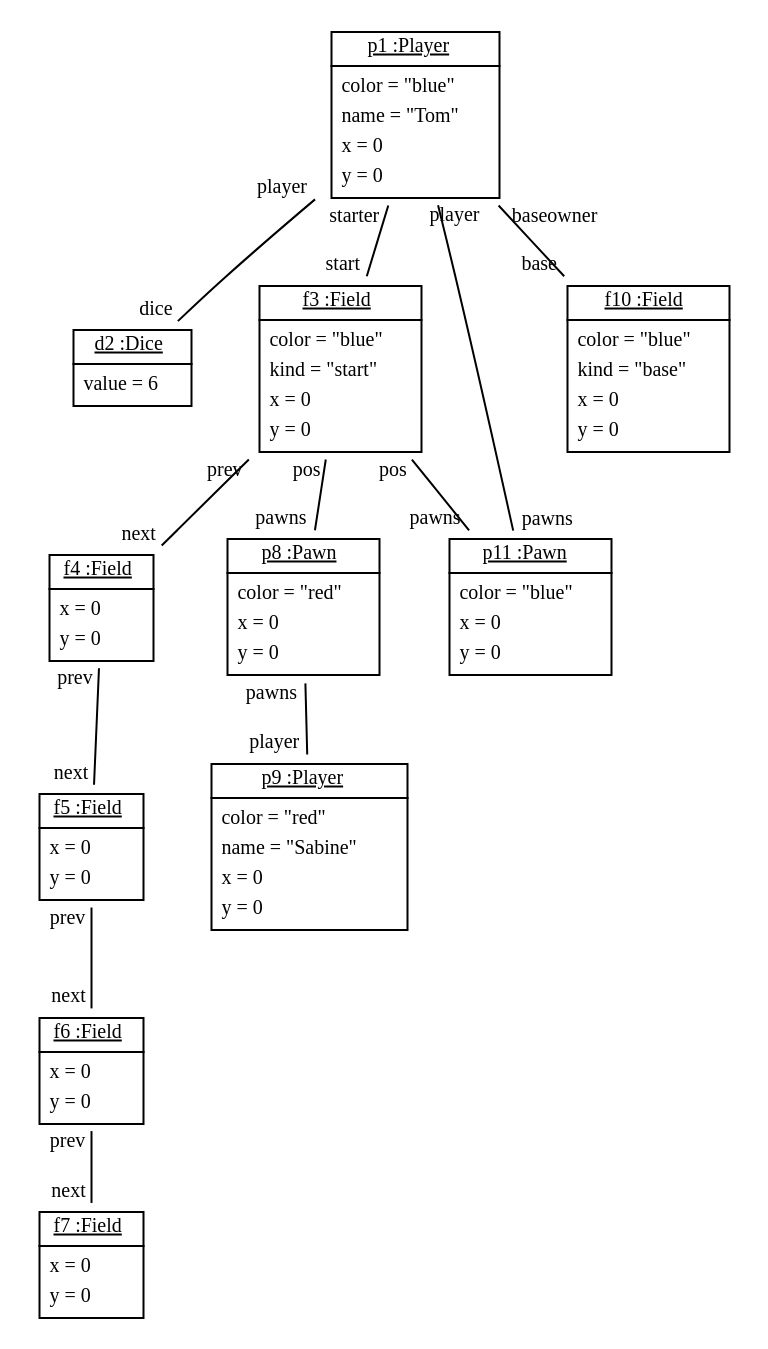
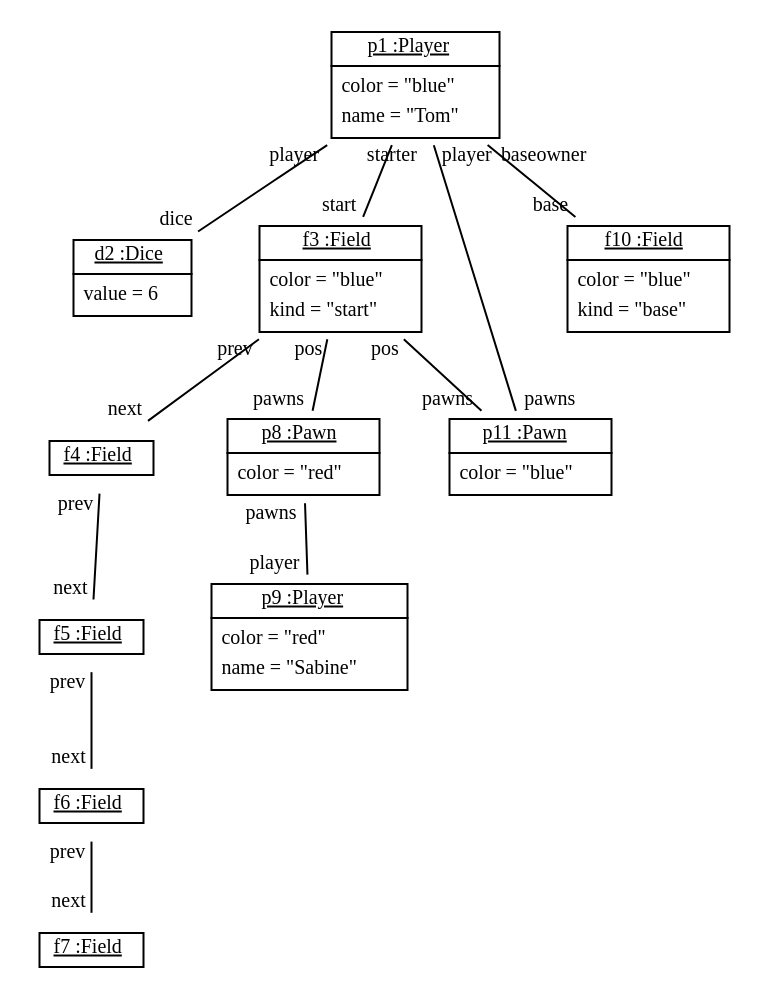
The diagram in doc/LudoStoryboardManual6.dot (fujaba/SDMLib), drawn with Graphviz before and after one commit. The commit also changed 303 other files, not shown here.

```diff
--- a/doc/LudoStoryboardManual6.dot
+++ b/doc/LudoStoryboardManual6.dot
@@ -1,29 +1,29 @@
 graph ObjectDiagram {
    node [shape = none, fontsize = 10];
    edge [fontsize = 10];
    compound=true;
 
-p1 [label=<<table border='0' cellborder='1' cellspacing='0'> <tr> <td href="../examples/org/sdmlib/examples/ludo/Player.java"> <u>p1 :Player</u></td></tr><tr><td><table border='0' cellborder='0' cellspacing='0'><tr><td align='left'>color = "blue"</td></tr><tr><td align='left'>name = "Tom"</td></tr><tr><td align='left'>x = 0</td></tr><tr><td align='left'>y = 0</td></tr></table></td></tr></table>>];
+p1 [label=<<table border='0' cellborder='1' cellspacing='0'> <tr> <td href="../examples/org/sdmlib/examples/ludo/Player.java"> <u>p1 :Player</u></td></tr><tr><td><table border='0' cellborder='0' cellspacing='0'><tr><td align='left'>color = "blue"</td></tr><tr><td align='left'>name = "Tom"</td></tr></table></td></tr></table>>];
 d2 [label=<<table border='0' cellborder='1' cellspacing='0'> <tr> <td href="../examples/org/sdmlib/examples/ludo/Dice.java"> <u>d2 :Dice</u></td></tr><tr><td><table border='0' cellborder='0' cellspacing='0'><tr><td align='left'>value = 6</td></tr></table></td></tr></table>>];
-f3 [label=<<table border='0' cellborder='1' cellspacing='0'> <tr> <td href="../examples/org/sdmlib/examples/ludo/Field.java"> <u>f3 :Field</u></td></tr><tr><td><table border='0' cellborder='0' cellspacing='0'><tr><td align='left'>color = "blue"</td></tr><tr><td align='left'>kind = "start"</td></tr><tr><td align='left'>x = 0</td></tr><tr><td align='left'>y = 0</td></tr></table></td></tr></table>>];
-f4 [label=<<table border='0' cellborder='1' cellspacing='0'> <tr> <td href="../examples/org/sdmlib/examples/ludo/Field.java"> <u>f4 :Field</u></td></tr><tr><td><table border='0' cellborder='0' cellspacing='0'><tr><td align='left'>x = 0</td></tr><tr><td align='left'>y = 0</td></tr></table></td></tr></table>>];
-f5 [label=<<table border='0' cellborder='1' cellspacing='0'> <tr> <td href="../examples/org/sdmlib/examples/ludo/Field.java"> <u>f5 :Field</u></td></tr><tr><td><table border='0' cellborder='0' cellspacing='0'><tr><td align='left'>x = 0</td></tr><tr><td align='left'>y = 0</td></tr></table></td></tr></table>>];
-f6 [label=<<table border='0' cellborder='1' cellspacing='0'> <tr> <td href="../examples/org/sdmlib/examples/ludo/Field.java"> <u>f6 :Field</u></td></tr><tr><td><table border='0' cellborder='0' cellspacing='0'><tr><td align='left'>x = 0</td></tr><tr><td align='left'>y = 0</td></tr></table></td></tr></table>>];
-f7 [label=<<table border='0' cellborder='1' cellspacing='0'> <tr> <td href="../examples/org/sdmlib/examples/ludo/Field.java"> <u>f7 :Field</u></td></tr><tr><td><table border='0' cellborder='0' cellspacing='0'><tr><td align='left'>x = 0</td></tr><tr><td align='left'>y = 0</td></tr></table></td></tr></table>>];
-p8 [label=<<table border='0' cellborder='1' cellspacing='0'> <tr> <td href="../examples/org/sdmlib/examples/ludo/Pawn.java"> <u>p8 :Pawn</u></td></tr><tr><td><table border='0' cellborder='0' cellspacing='0'><tr><td align='left'>color = "red"</td></tr><tr><td align='left'>x = 0</td></tr><tr><td align='left'>y = 0</td></tr></table></td></tr></table>>];
-p9 [label=<<table border='0' cellborder='1' cellspacing='0'> <tr> <td href="../examples/org/sdmlib/examples/ludo/Player.java"> <u>p9 :Player</u></td></tr><tr><td><table border='0' cellborder='0' cellspacing='0'><tr><td align='left'>color = "red"</td></tr><tr><td align='left'>name = "Sabine"</td></tr><tr><td align='left'>x = 0</td></tr><tr><td align='left'>y = 0</td></tr></table></td></tr></table>>];
-p11 [label=<<table border='0' cellborder='1' cellspacing='0'> <tr> <td href="../examples/org/sdmlib/examples/ludo/Pawn.java"> <u>p11 :Pawn</u></td></tr><tr><td><table border='0' cellborder='0' cellspacing='0'><tr><td align='left'>color = "blue"</td></tr><tr><td align='left'>x = 0</td></tr><tr><td align='left'>y = 0</td></tr></table></td></tr></table>>];
-f10 [label=<<table border='0' cellborder='1' cellspacing='0'> <tr> <td href="../examples/org/sdmlib/examples/ludo/Field.java"> <u>f10 :Field</u></td></tr><tr><td><table border='0' cellborder='0' cellspacing='0'><tr><td align='left'>color = "blue"</td></tr><tr><td align='left'>kind = "base"</td></tr><tr><td align='left'>x = 0</td></tr><tr><td align='left'>y = 0</td></tr></table></td></tr></table>>];
+f3 [label=<<table border='0' cellborder='1' cellspacing='0'> <tr> <td href="../examples/org/sdmlib/examples/ludo/Field.java"> <u>f3 :Field</u></td></tr><tr><td><table border='0' cellborder='0' cellspacing='0'><tr><td align='left'>color = "blue"</td></tr><tr><td align='left'>kind = "start"</td></tr></table></td></tr></table>>];
+f4 [label=<<table border='0' cellborder='1' cellspacing='0'> <tr> <td href="../examples/org/sdmlib/examples/ludo/Field.java"> <u>f4 :Field</u></td></tr></table>>];
+f5 [label=<<table border='0' cellborder='1' cellspacing='0'> <tr> <td href="../examples/org/sdmlib/examples/ludo/Field.java"> <u>f5 :Field</u></td></tr></table>>];
+f6 [label=<<table border='0' cellborder='1' cellspacing='0'> <tr> <td href="../examples/org/sdmlib/examples/ludo/Field.java"> <u>f6 :Field</u></td></tr></table>>];
+f7 [label=<<table border='0' cellborder='1' cellspacing='0'> <tr> <td href="../examples/org/sdmlib/examples/ludo/Field.java"> <u>f7 :Field</u></td></tr></table>>];
+p8 [label=<<table border='0' cellborder='1' cellspacing='0'> <tr> <td href="../examples/org/sdmlib/examples/ludo/Pawn.java"> <u>p8 :Pawn</u></td></tr><tr><td><table border='0' cellborder='0' cellspacing='0'><tr><td align='left'>color = "red"</td></tr></table></td></tr></table>>];
+p9 [label=<<table border='0' cellborder='1' cellspacing='0'> <tr> <td href="../examples/org/sdmlib/examples/ludo/Player.java"> <u>p9 :Player</u></td></tr><tr><td><table border='0' cellborder='0' cellspacing='0'><tr><td align='left'>color = "red"</td></tr><tr><td align='left'>name = "Sabine"</td></tr></table></td></tr></table>>];
+p11 [label=<<table border='0' cellborder='1' cellspacing='0'> <tr> <td href="../examples/org/sdmlib/examples/ludo/Pawn.java"> <u>p11 :Pawn</u></td></tr><tr><td><table border='0' cellborder='0' cellspacing='0'><tr><td align='left'>color = "blue"</td></tr></table></td></tr></table>>];
+f10 [label=<<table border='0' cellborder='1' cellspacing='0'> <tr> <td href="../examples/org/sdmlib/examples/ludo/Field.java"> <u>f10 :Field</u></td></tr><tr><td><table border='0' cellborder='0' cellspacing='0'><tr><td align='left'>color = "blue"</td></tr><tr><td align='left'>kind = "base"</td></tr></table></td></tr></table>>];
 
 p1 -- d2 [headlabel = "dice" taillabel = "player"];
 p1 -- f3 [headlabel = "start" taillabel = "starter"];
 p1 -- f10 [headlabel = "base" taillabel = "baseowner"];
 p1 -- p11 [headlabel = "pawns" taillabel = "player"];
 f3 -- f4 [headlabel = "next" taillabel = "prev"];
 f3 -- p8 [headlabel = "pawns" taillabel = "pos"];
 f3 -- p11 [headlabel = "pawns" taillabel = "pos"];
 f4 -- f5 [headlabel = "next" taillabel = "prev"];
 f5 -- f6 [headlabel = "next" taillabel = "prev"];
 f6 -- f7 [headlabel = "next" taillabel = "prev"];
 p8 -- p9 [headlabel = "player" taillabel = "pawns"];
 }
```
